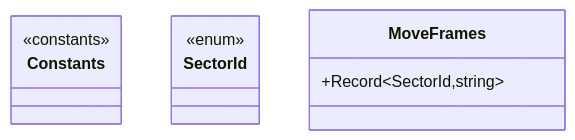
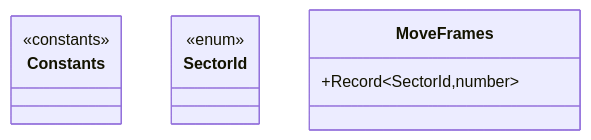
Before and after one commit to sher2018/cat_eyeing_mouse: diagram 20 of 59 in doc/2.detailed_design_specification.md, drawn with Mermaid. The commit also changed other lines of this file and 25 other files, not shown here.

````diff
--- a/doc/2.detailed_design_specification.md
+++ b/doc/2.detailed_design_specification.md
@@ -675,8 +710,8 @@
 ```mermaid
 classDiagram
     class Constants {
         <<constants>>
     }
     class SectorId {<<enum>>}
-    class MoveFrames {+Record~SectorId,string~}
+    class MoveFrames {+Record~SectorId,number~}
 ```
````
